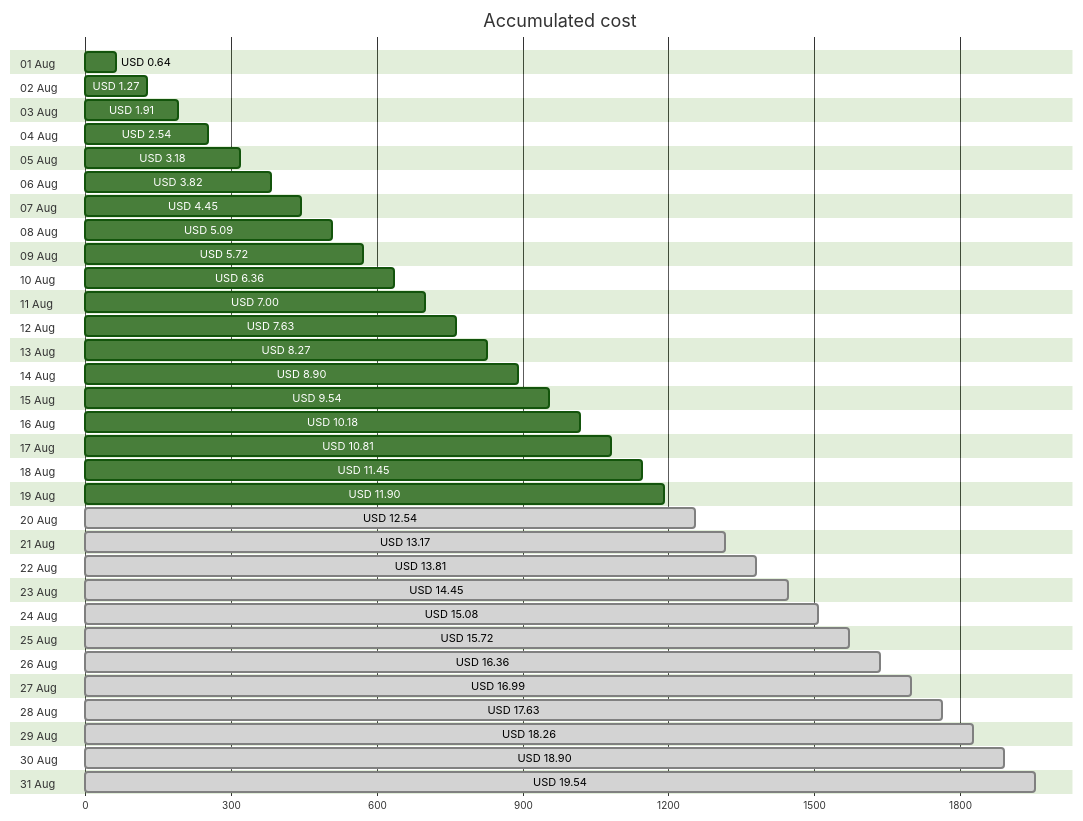
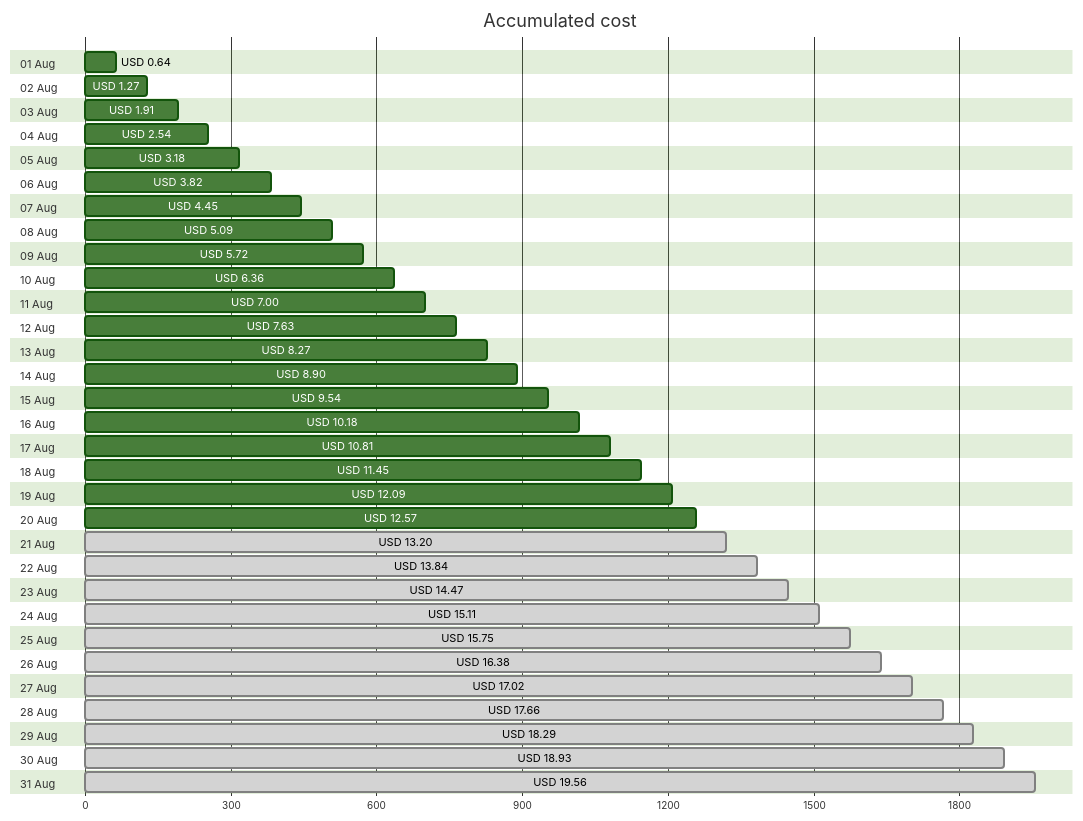
The first of 4 diagrams in cost-reports/accumulated-cost.md (jpfulton/azure-personal-reports), drawn with Mermaid (forest theme) before and after one commit. The commit also changed other lines of this file and 4 other files, not shown here.

````diff
--- a/cost-reports/accumulated-cost.md
+++ b/cost-reports/accumulated-cost.md
@@ -20,68 +20,68 @@
 ```mermaid
 gantt
    title Accumulated cost
    dateFormat  X
    axisFormat %s
    section 01 Aug
    USD 0.64 :0, 64
    section 02 Aug
    USD 1.27 :0, 127
    section 03 Aug
    USD 1.91 :0, 191
    section 04 Aug
    USD 2.54 :0, 254
    section 05 Aug
    USD 3.18 :0, 318
    section 06 Aug
    USD 3.82 :0, 382
    section 07 Aug
    USD 4.45 :0, 445
    section 08 Aug
    USD 5.09 :0, 509
    section 09 Aug
    USD 5.72 :0, 572
    section 10 Aug
    USD 6.36 :0, 636
    section 11 Aug
    USD 7.00 :0, 700
    section 12 Aug
    USD 7.63 :0, 763
    section 13 Aug
    USD 8.27 :0, 827
    section 14 Aug
    USD 8.90 :0, 890
    section 15 Aug
    USD 9.54 :0, 954
    section 16 Aug
    USD 10.18 :0, 1018
    section 17 Aug
    USD 10.81 :0, 1081
    section 18 Aug
    USD 11.45 :0, 1145
    section 19 Aug
-   USD 11.90 :0, 1190
+   USD 12.09 :0, 1209
    section 20 Aug
-   USD 12.54 : done, 0, 1254
+   USD 12.57 :0, 1257
    section 21 Aug
-   USD 13.17 : done, 0, 1317
+   USD 13.20 : done, 0, 1320
    section 22 Aug
-   USD 13.81 : done, 0, 1381
+   USD 13.84 : done, 0, 1384
    section 23 Aug
-   USD 14.45 : done, 0, 1445
+   USD 14.47 : done, 0, 1447
    section 24 Aug
-   USD 15.08 : done, 0, 1508
+   USD 15.11 : done, 0, 1511
    section 25 Aug
-   USD 15.72 : done, 0, 1572
+   USD 15.75 : done, 0, 1575
    section 26 Aug
-   USD 16.36 : done, 0, 1636
+   USD 16.38 : done, 0, 1638
    section 27 Aug
-   USD 16.99 : done, 0, 1699
+   USD 17.02 : done, 0, 1702
    section 28 Aug
-   USD 17.63 : done, 0, 1763
+   USD 17.66 : done, 0, 1766
    section 29 Aug
-   USD 18.26 : done, 0, 1826
+   USD 18.29 : done, 0, 1829
    section 30 Aug
-   USD 18.90 : done, 0, 1890
+   USD 18.93 : done, 0, 1893
    section 31 Aug
-   USD 19.54 : done, 0, 1954
+   USD 19.56 : done, 0, 1956
 ```
````
